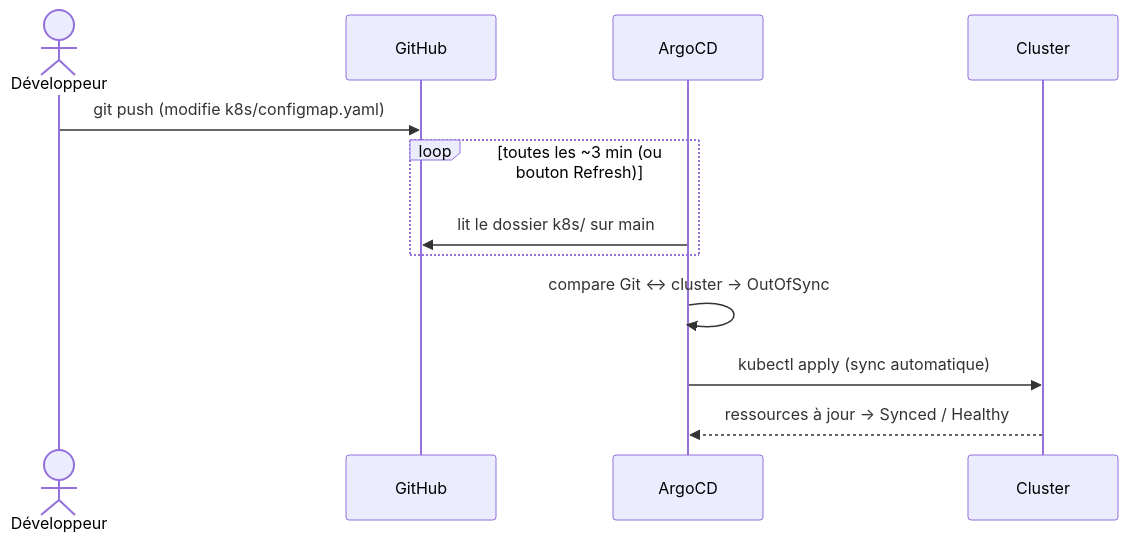
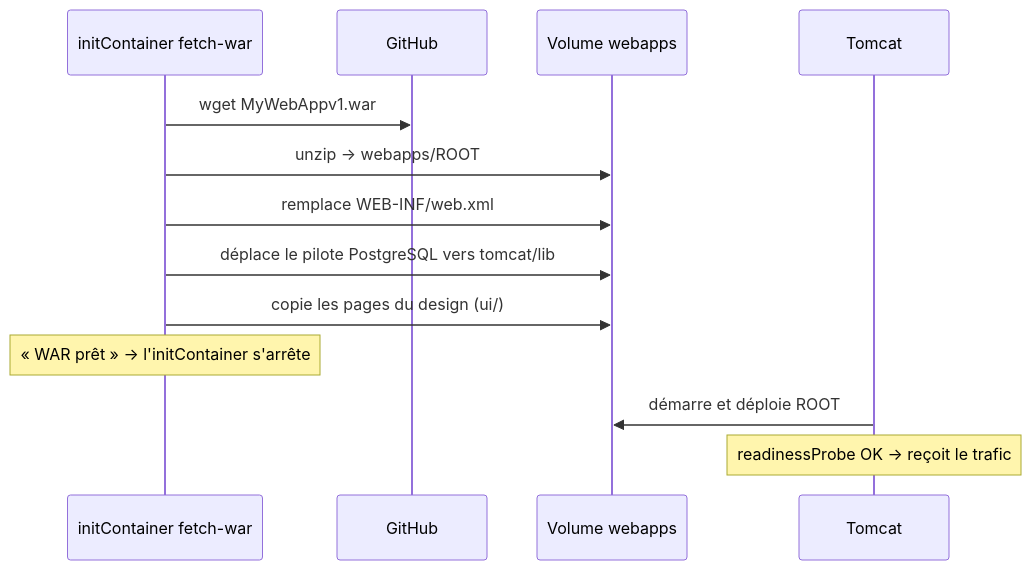
Before and after one commit to sokhonad/k8s: the eighth of 10 diagrams in README.md, drawn with Mermaid. The commit also changed other lines of this file, not shown here.

Commit message:
MyWebApp (Tomcat + PostgreSQL + design) et README

````diff
--- a/README.md
+++ b/README.md
@@ -211,15 +304,16 @@
 ```mermaid
 sequenceDiagram
-    actor D as Développeur
+    participant I as initContainer fetch-war
     participant G as GitHub
-    participant A as ArgoCD
-    participant K as Cluster
+    participant V as Volume webapps
+    participant T as Tomcat
 
-    D->>G: git push (modifie k8s/configmap.yaml)
-    loop toutes les ~3 min (ou bouton Refresh)
-        A->>G: lit le dossier k8s/ sur main
-    end
-    A->>A: compare Git ↔ cluster → OutOfSync
-    A->>K: kubectl apply (sync automatique)
-    K-->>A: ressources à jour → Synced / Healthy
+    I->>G: wget MyWebAppv1.war
+    I->>V: unzip → webapps/ROOT
+    I->>V: remplace WEB-INF/web.xml
+    I->>V: déplace le pilote PostgreSQL vers tomcat/lib
+    I->>V: copie les pages du design (ui/)
+    Note over I: « WAR prêt » → l'initContainer s'arrête
+    T->>V: démarre et déploie ROOT
+    Note over T: readinessProbe OK → reçoit le trafic
 ```
````
